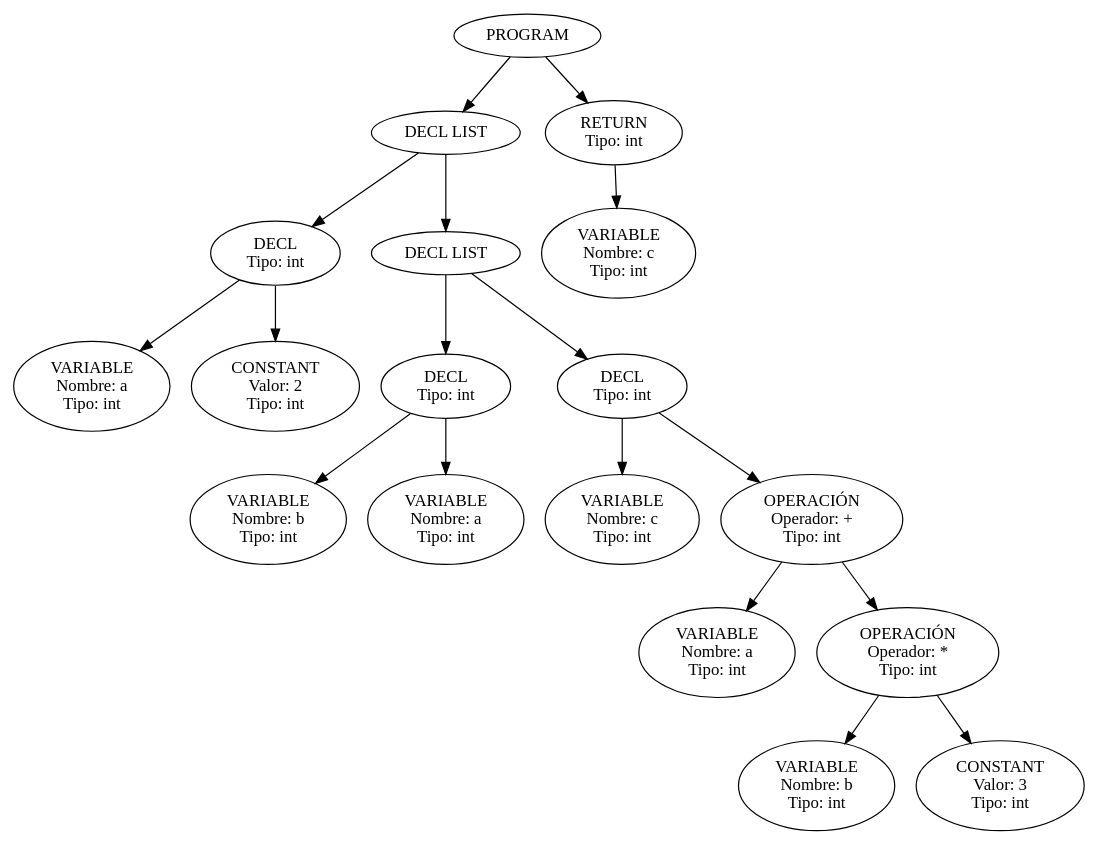
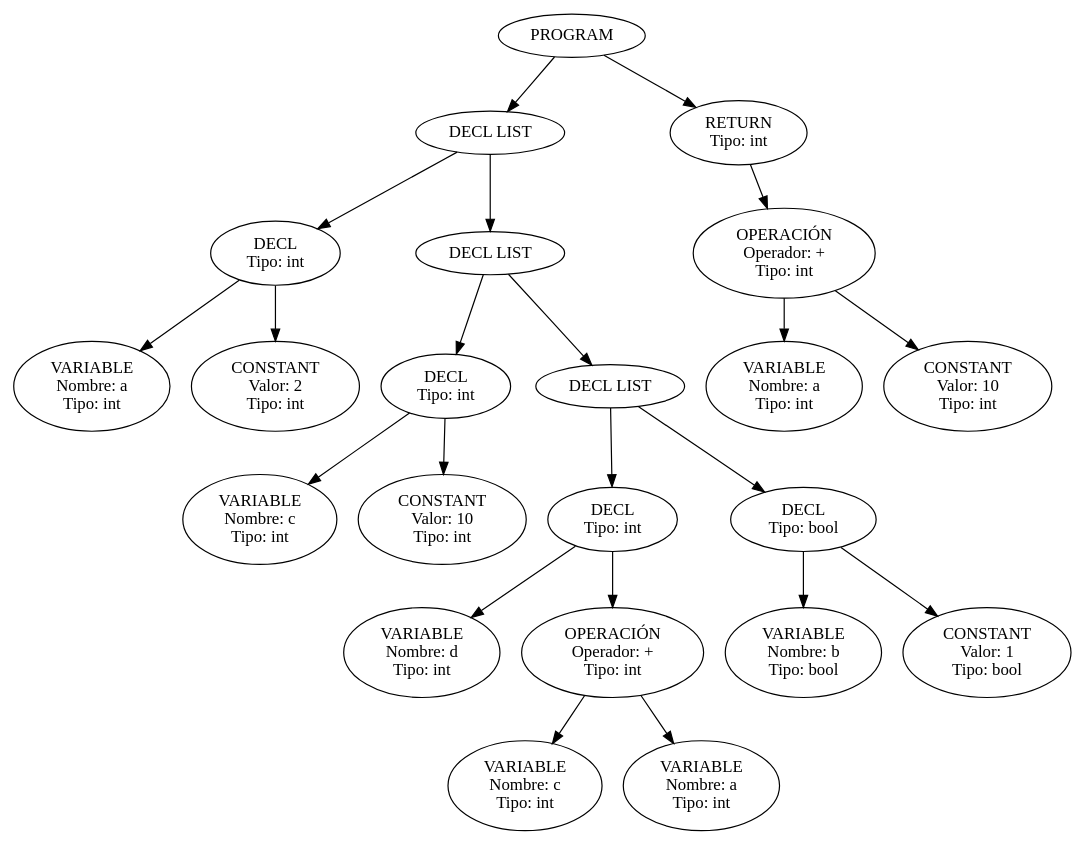
Before and after one commit to LucioMansilla/loopi_compiler: the diagram in ast.dot, drawn with Graphviz. The commit also changed 9 other files, not shown here.

```diff
--- a/ast.dot
+++ b/ast.dot
@@ -1,37 +1,45 @@
 digraph AST {
   0 [label="PROGRAM"];
   1 [label="DECL LIST"];
   2 [label="DECL\nTipo: int"];
   3 [label="VARIABLE\nNombre: a\nTipo: int"];
   2 -> 3;
   4 [label="CONSTANT\nValor: 2\nTipo: int"];
   2 -> 4;
   1 -> 2;
   5 [label="DECL LIST"];
   6 [label="DECL\nTipo: int"];
-  7 [label="VARIABLE\nNombre: b\nTipo: int"];
+  7 [label="VARIABLE\nNombre: c\nTipo: int"];
   6 -> 7;
-  8 [label="VARIABLE\nNombre: a\nTipo: int"];
+  8 [label="CONSTANT\nValor: 10\nTipo: int"];
   6 -> 8;
   5 -> 6;
-  9 [label="DECL\nTipo: int"];
-  10 [label="VARIABLE\nNombre: c\nTipo: int"];
+  9 [label="DECL LIST"];
+  10 [label="DECL\nTipo: int"];
+  11 [label="VARIABLE\nNombre: d\nTipo: int"];
+  10 -> 11;
+  12 [label="OPERACIÓN\nOperador: +\nTipo: int"];
+  13 [label="VARIABLE\nNombre: c\nTipo: int"];
+  12 -> 13;
+  14 [label="VARIABLE\nNombre: a\nTipo: int"];
+  12 -> 14;
+  10 -> 12;
   9 -> 10;
-  11 [label="OPERACIÓN\nOperador: +\nTipo: int"];
-  12 [label="VARIABLE\nNombre: a\nTipo: int"];
-  11 -> 12;
-  13 [label="OPERACIÓN\nOperador: *\nTipo: int"];
-  14 [label="VARIABLE\nNombre: b\nTipo: int"];
-  13 -> 14;
-  15 [label="CONSTANT\nValor: 3\nTipo: int"];
-  13 -> 15;
-  11 -> 13;
-  9 -> 11;
+  15 [label="DECL\nTipo: bool"];
+  16 [label="VARIABLE\nNombre: b\nTipo: bool"];
+  15 -> 16;
+  17 [label="CONSTANT\nValor: 1\nTipo: bool"];
+  15 -> 17;
+  9 -> 15;
   5 -> 9;
   1 -> 5;
   0 -> 1;
-  16 [label="RETURN\nTipo: int"];
-  17 [label="VARIABLE\nNombre: c\nTipo: int"];
-  16 -> 17;
-  0 -> 16;
+  18 [label="RETURN\nTipo: int"];
+  19 [label="OPERACIÓN\nOperador: +\nTipo: int"];
+  20 [label="VARIABLE\nNombre: a\nTipo: int"];
+  19 -> 20;
+  21 [label="CONSTANT\nValor: 10\nTipo: int"];
+  19 -> 21;
+  18 -> 19;
+  0 -> 18;
 }
```
